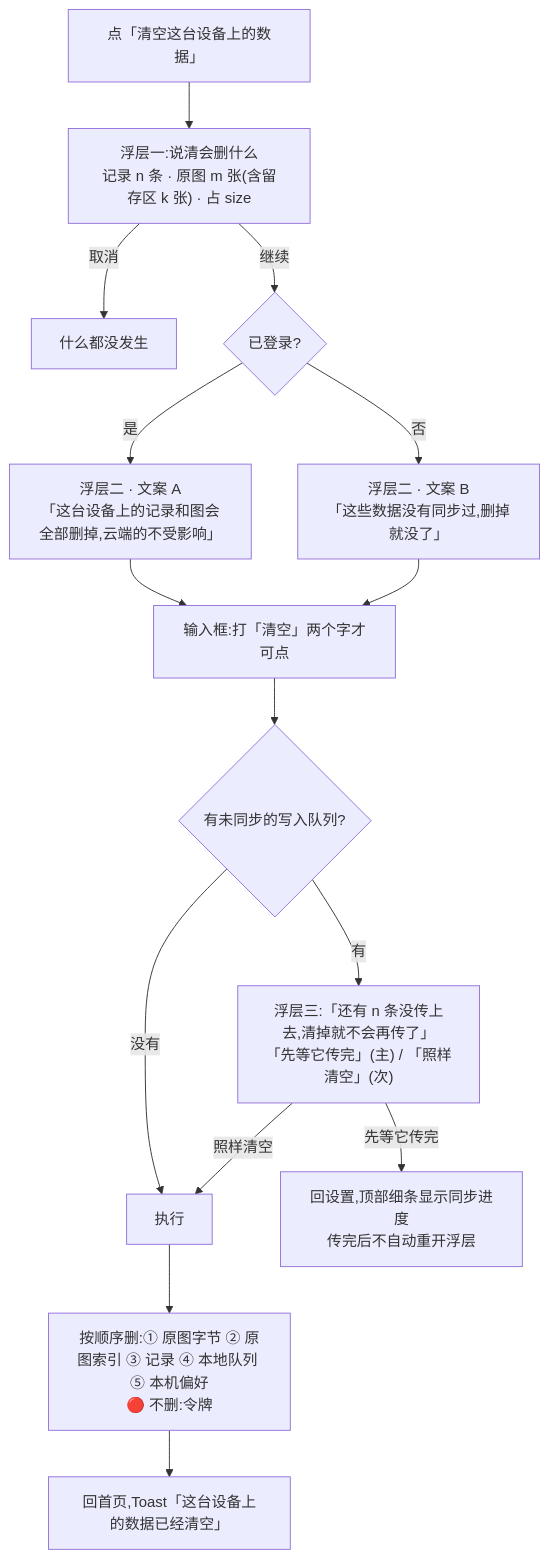
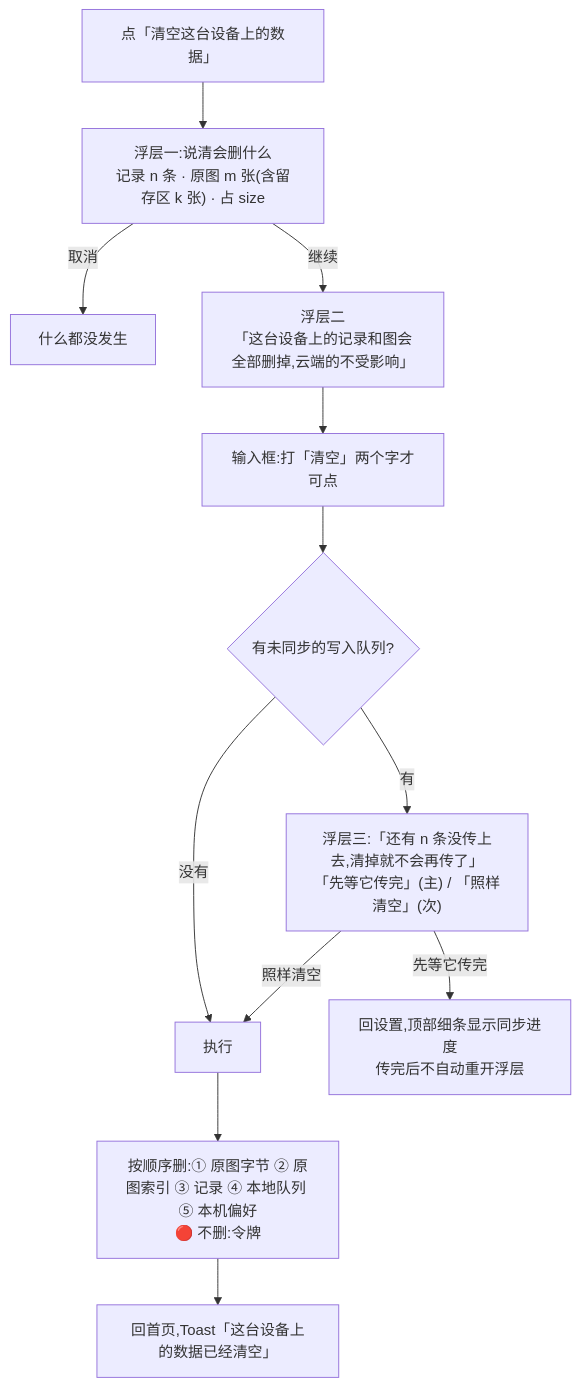
Before and after one commit to chenyuanjin/kubic: the fourth of 11 diagrams in docs/product/specs/设置与原图.md, drawn with Mermaid. The commit also changed other lines of this file and 15 other files, not shown here.

````diff
--- a/docs/product/specs/设置与原图.md
+++ b/docs/product/specs/设置与原图.md
@@ -304,17 +317,14 @@
 ```mermaid
 flowchart TD
     A["点「清空这台设备上的数据」"] --> B["浮层一:说清会删什么<br/>记录 n 条 · 原图 m 张(含留存区 k 张) · 占 size"]
     B -->|取消| Z["什么都没发生"]
-    B -->|继续| C{"已登录?"}
-    C -->|是| D["浮层二 · 文案 A<br/>「这台设备上的记录和图会全部删掉,云端的不受影响」"]
-    C -->|否| E["浮层二 · 文案 B<br/>「这些数据没有同步过,删掉就没了」"]
+    B -->|继续| D["浮层二<br/>「这台设备上的记录和图会全部删掉,云端的不受影响」"]
     D --> F["输入框:打「清空」两个字才可点"]
-    E --> F
     F --> G{"有未同步的写入队列?"}
     G -->|有| H["浮层三:「还有 n 条没传上去,清掉就不会再传了」<br/>「先等它传完」(主) / 「照样清空」(次)"]
     G -->|没有| I["执行"]
     H -->|先等它传完| J["回设置,顶部细条显示同步进度<br/>传完后不自动重开浮层"]
     H -->|照样清空| I
     I --> K["按顺序删:① 原图字节 ② 原图索引 ③ 记录 ④ 本地队列 ⑤ 本机偏好<br/>🔴 不删:令牌"]
     K --> L["回首页,Toast「这台设备上的数据已经清空」"]
 ```
````
